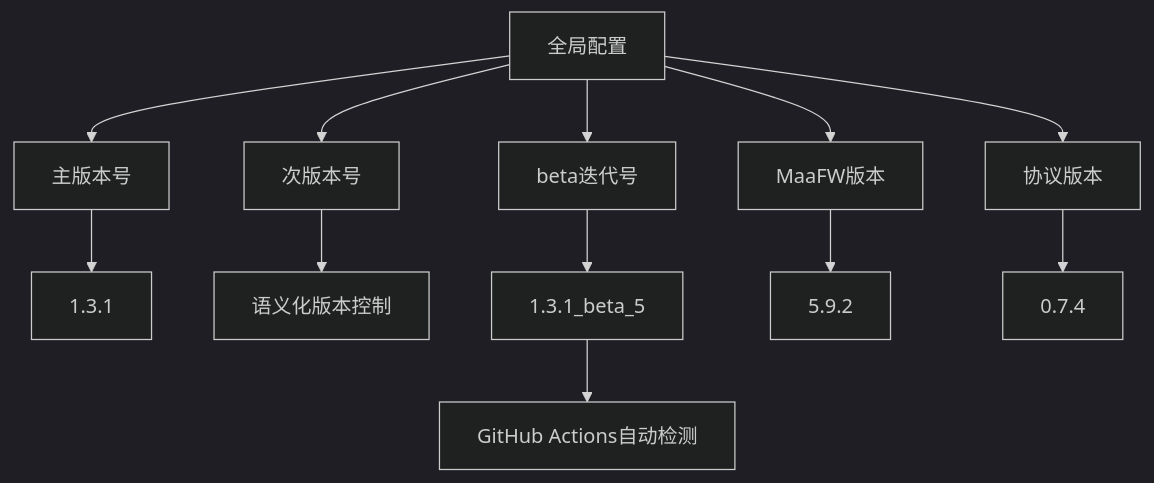
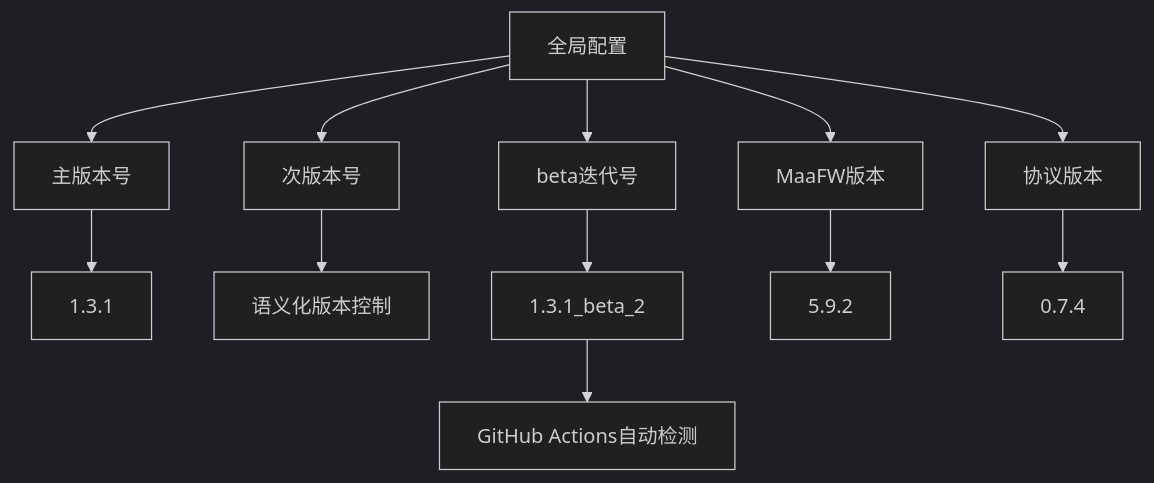
One commit to kqcoxn/MaaPipelineEditor changed diagram 16 of 17 in .qoder/repowiki/zh/content/Config Store.md. Above: the diagram before and after it, drawn with Mermaid (dark theme). The commit also changed other lines of this file and 8 other files, not shown here.

````diff
--- a/.qoder/repowiki/zh/content/Config Store.md
+++ b/.qoder/repowiki/zh/content/Config Store.md
@@ -819,14 +819,14 @@
 ```mermaid
 flowchart TD
 A[全局配置] --> B[主版本号]
 A --> C[次版本号]
 A --> D[beta迭代号]
 A --> E[MaaFW版本]
 A --> F[协议版本]
 B --> G[1.3.1]
 C --> H[语义化版本控制]
-D --> I[1.3.1_beta_5]
+D --> I[1.3.1_beta_2]
 E --> J[5.9.2]
 F --> K[0.7.4]
 I --> L[GitHub Actions自动检测]
 ```
````
